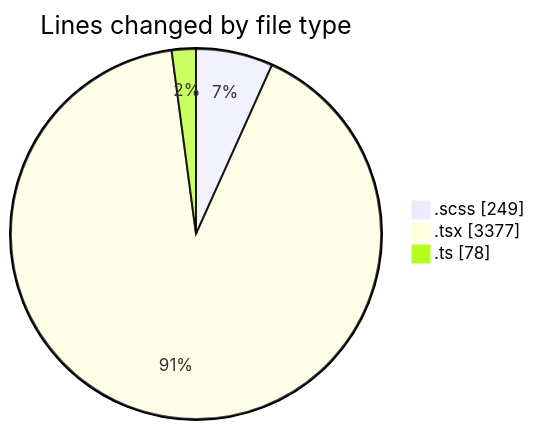
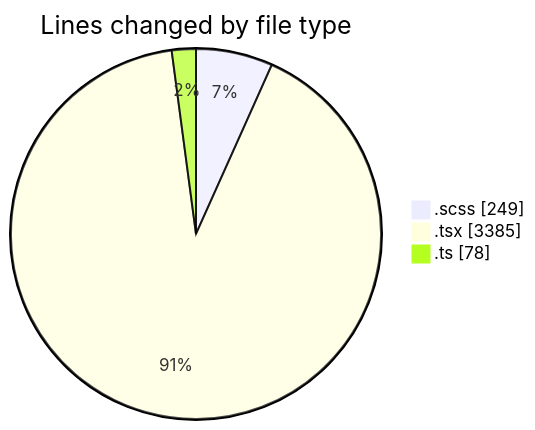
Before and after one commit to momahboobian/code-tracking: the first of 2 diagrams in 2025-09-26/cda/README.md, drawn with Mermaid. The commit also changed other lines of this file and 1 other file, not shown here.

````diff
--- a/2025-09-26/cda/README.md
+++ b/2025-09-26/cda/README.md
@@ -24,7 +24,7 @@
 ```mermaid
 pie showData
 title Lines changed by file type
 ".scss" : 249
-".tsx" : 3377
+".tsx" : 3385
 ".ts" : 78
 ```
````
